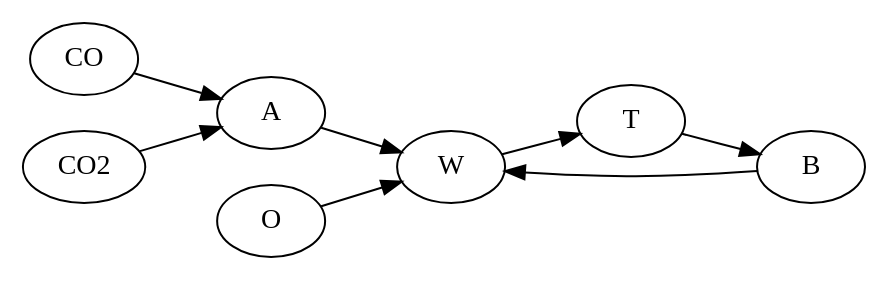
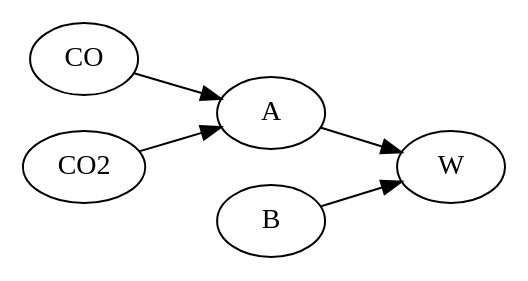
The diagram in tmp/2/Digraph.gv (smarianimore/multiagent_algorithm), drawn with Graphviz before and after one commit. The commit also changed 11 other files, not shown here.

```diff
--- a/tmp/2/Digraph.gv
+++ b/tmp/2/Digraph.gv
@@ -1,10 +1,7 @@
 digraph {
 	graph [rankdir=LR]
 	CO -> A
 	A -> W
 	CO2 -> A
-	W -> T
-	T -> B
 	B -> W
-	O -> W
 }
```
